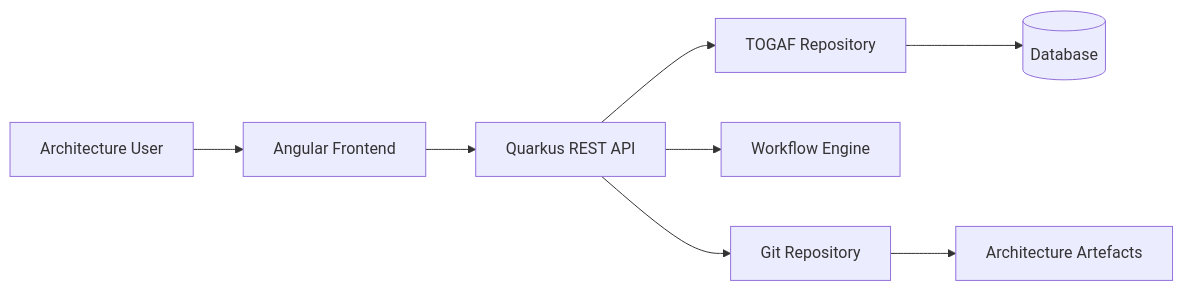
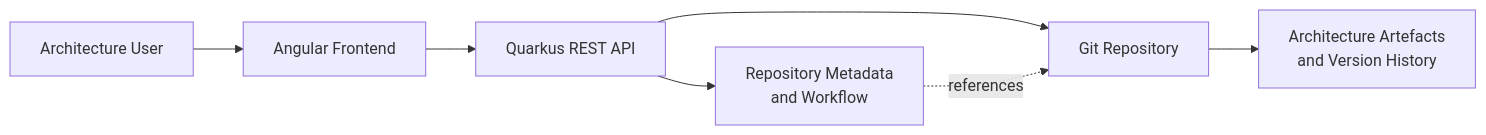
One commit to nic0michael/TOGAFmate changed the diagram in README.md. Above: the diagram before and after it, drawn with Mermaid. The commit also changed other lines of this file, not shown here.

First line of the commit message:
Enhance README with architecture and Git details

````diff
--- a/README.md
+++ b/README.md
@@ -162,15 +201,16 @@
 ```mermaid
 flowchart LR
     U[Architecture User]
 
     U --> A[Angular Frontend]
 
     A --> Q[Quarkus REST API]
 
-    Q --> R[TOGAF Repository]
-    Q --> W[Workflow Engine]
+    Q --> M[Repository Metadata<br/>and Workflow]
+
     Q --> G[Git Repository]
 
-    R --> D[(Database)]
-    G --> F[Architecture Artefacts]
+    G --> F[Architecture Artefacts<br/>and Version History]
+
+    M -. references .-> G
 ```
````
